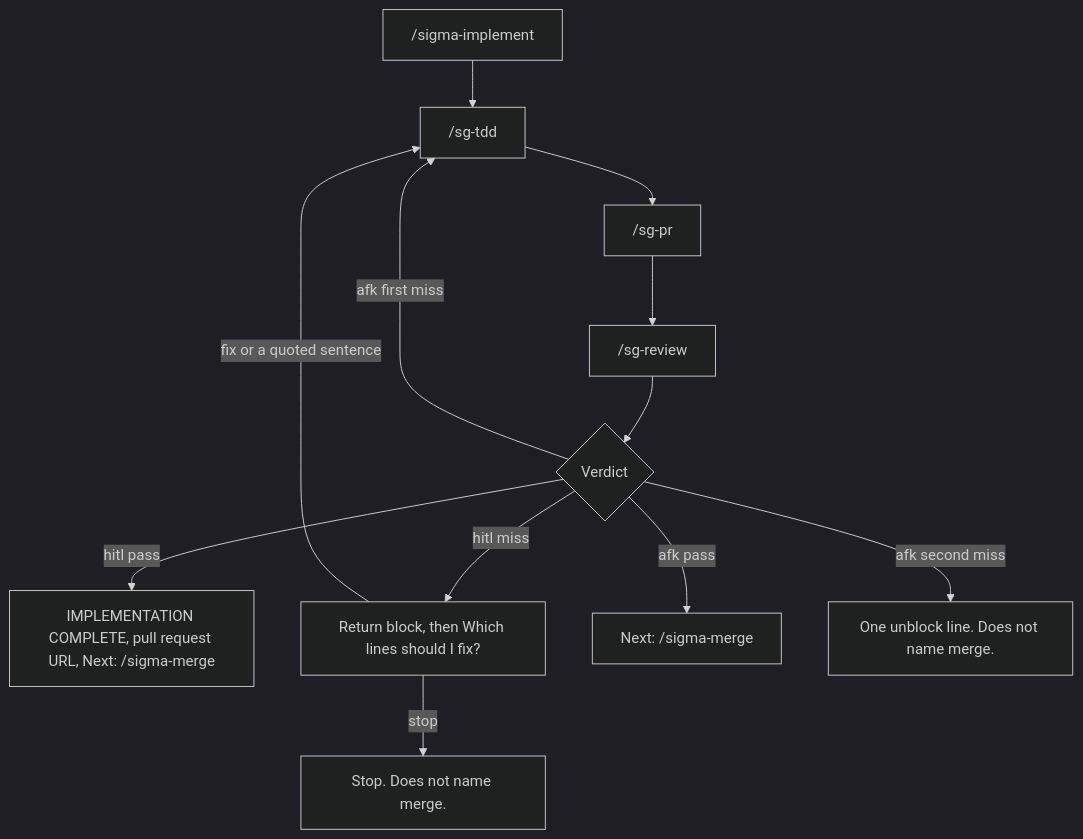
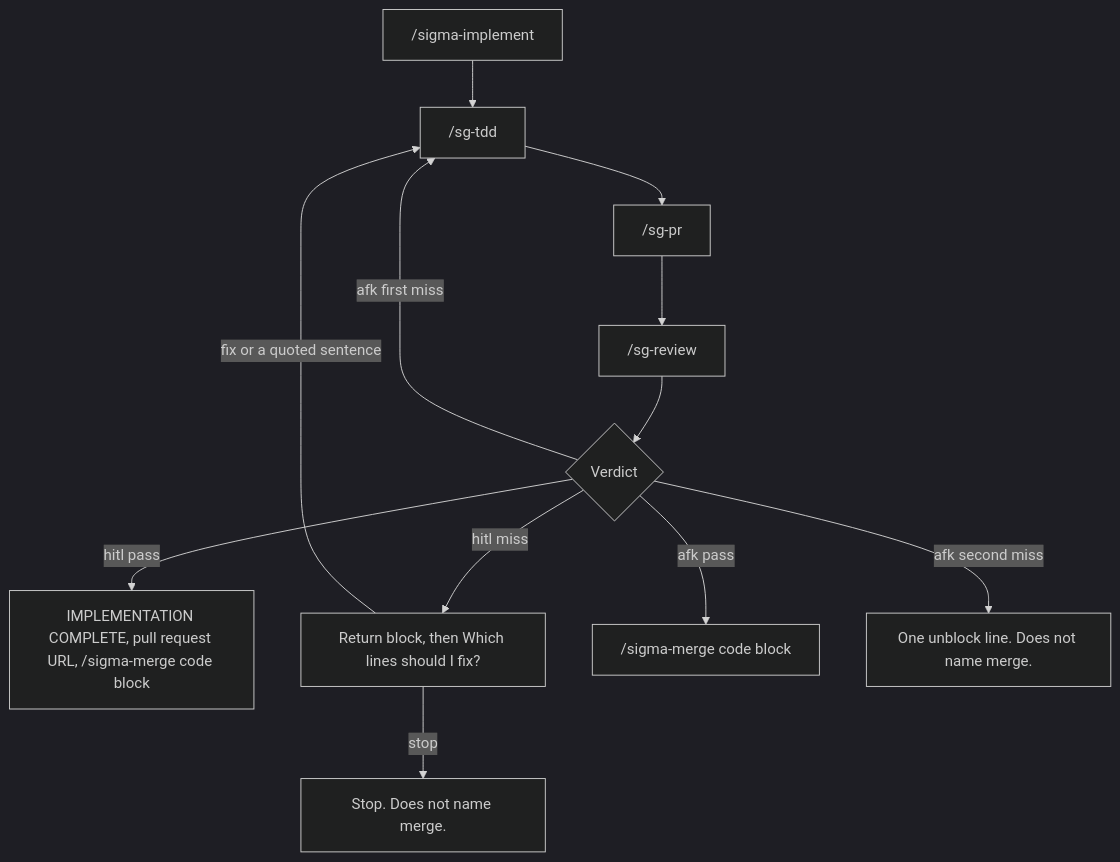
One commit to sigma-michael/sigma-build-factory changed the third of 3 diagrams in README.md. Above: the diagram before and after it, drawn with Mermaid (dark theme). The commit also changed other lines of this file and 15 other files, not shown here.

First line of the commit message:
Print replies as paragraphs and put the next command in a code block. (#16)

````diff
--- a/README.md
+++ b/README.md
@@ -87,14 +87,14 @@
 ```mermaid
 flowchart TD
   impl["/sigma-implement"] --> tdd["/sg-tdd"]
   tdd --> pr["/sg-pr"]
   pr --> review["/sg-review"]
   review --> verdict{Verdict}
-  verdict -->|hitl pass| hitlpass["IMPLEMENTATION COMPLETE, pull request URL, Next: /sigma-merge"]
+  verdict -->|hitl pass| hitlpass["IMPLEMENTATION COMPLETE, pull request URL, /sigma-merge code block"]
   verdict -->|hitl miss| ask["Return block, then Which lines should I fix?"]
   ask -->|fix or a quoted sentence| tdd
   ask -->|stop| stop["Stop. Does not name merge."]
   verdict -->|afk first miss| tdd
-  verdict -->|afk pass| next["Next: /sigma-merge"]
+  verdict -->|afk pass| next["/sigma-merge code block"]
   verdict -->|afk second miss| unblock["One unblock line. Does not name merge."]
 ```
````
